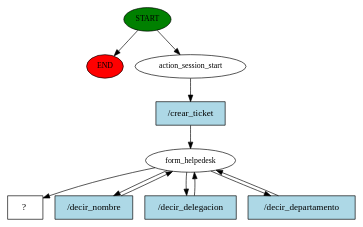
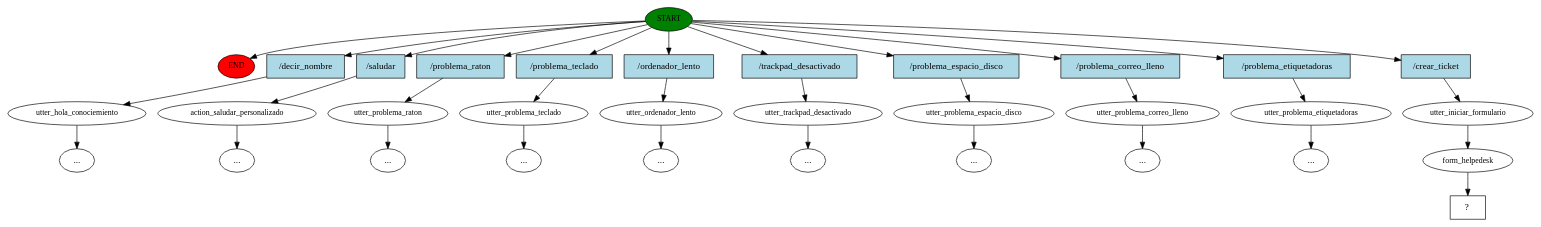
The diagram in backend/story_graph.dot (IgnacioJGE/Trabajo-Fin-de-Grado), drawn with Graphviz before and after one commit. The commit also changed 19 other files, not shown here.

```diff
--- a/backend/story_graph.dot
+++ b/backend/story_graph.dot
@@ -1,22 +1,67 @@
 digraph  {
 0 [class="start active", fillcolor=green, fontsize=12, label=START, style=filled];
 "-1" [class=end, fillcolor=red, fontsize=12, label=END, style=filled];
-1 [class=active, fontsize=12, label=action_session_start];
-2 [class=active, fontsize=12, label=form_helpedesk];
-6 [class="intent dashed active", label="  ?  ", shape=rect];
-7 [class="intent active", fillcolor=lightblue, label="/crear_ticket", shape=rect, style=filled];
-8 [class="intent active", fillcolor=lightblue, label="/decir_nombre", shape=rect, style=filled];
-9 [class="intent active", fillcolor=lightblue, label="/decir_delegacion", shape=rect, style=filled];
-10 [class="intent active", fillcolor=lightblue, label="/decir_departamento", shape=rect, style=filled];
+1 [class="", fontsize=12, label=utter_hola_conociemiento];
+"-3" [class=ellipsis, label="..."];
+2 [class="", fontsize=12, label=action_saludar_personalizado];
+"-4" [class=ellipsis, label="..."];
+3 [class="", fontsize=12, label=utter_problema_raton];
+"-5" [class=ellipsis, label="..."];
+4 [class="", fontsize=12, label=utter_problema_teclado];
+"-6" [class=ellipsis, label="..."];
+5 [class="", fontsize=12, label=utter_ordenador_lento];
+"-7" [class=ellipsis, label="..."];
+6 [class="", fontsize=12, label=utter_trackpad_desactivado];
+"-8" [class=ellipsis, label="..."];
+7 [class="", fontsize=12, label=utter_problema_espacio_disco];
+"-9" [class=ellipsis, label="..."];
+8 [class="", fontsize=12, label=utter_problema_correo_lleno];
+"-10" [class=ellipsis, label="..."];
+9 [class="", fontsize=12, label=utter_problema_etiquetadoras];
+"-11" [class=ellipsis, label="..."];
+10 [class=active, fontsize=12, label=utter_iniciar_formulario];
+11 [class=active, fontsize=12, label=form_helpedesk];
+12 [class="intent dashed active", label="  ?  ", shape=rect];
+13 [class=intent, fillcolor=lightblue, label="/decir_nombre", shape=rect, style=filled];
+14 [class=intent, fillcolor=lightblue, label="/saludar", shape=rect, style=filled];
+15 [class=intent, fillcolor=lightblue, label="/problema_raton", shape=rect, style=filled];
+16 [class=intent, fillcolor=lightblue, label="/problema_teclado", shape=rect, style=filled];
+17 [class=intent, fillcolor=lightblue, label="/ordenador_lento", shape=rect, style=filled];
+18 [class=intent, fillcolor=lightblue, label="/trackpad_desactivado", shape=rect, style=filled];
+19 [class=intent, fillcolor=lightblue, label="/problema_espacio_disco", shape=rect, style=filled];
+20 [class=intent, fillcolor=lightblue, label="/problema_correo_lleno", shape=rect, style=filled];
+21 [class=intent, fillcolor=lightblue, label="/problema_etiquetadoras", shape=rect, style=filled];
+22 [class="intent active", fillcolor=lightblue, label="/crear_ticket", shape=rect, style=filled];
 0 -> "-1"  [class="", key=NONE, label=""];
-0 -> 1  [class=active, key=NONE, label=""];
-1 -> 7  [class=active, key=0];
-2 -> 6  [class=active, key=NONE, label=""];
-2 -> 8  [class=active, key=0];
-2 -> 9  [class=active, key=0];
-2 -> 10  [class=active, key=0];
-7 -> 2  [class=active, key=0];
-8 -> 2  [class=active, key=0];
-9 -> 2  [class=active, key=0];
-10 -> 2  [class=active, key=0];
+0 -> 13  [class="", key=0];
+0 -> 14  [class="", key=0];
+0 -> 15  [class="", key=0];
+0 -> 16  [class="", key=0];
+0 -> 17  [class="", key=0];
+0 -> 18  [class="", key=0];
+0 -> 19  [class="", key=0];
+0 -> 20  [class="", key=0];
+0 -> 21  [class="", key=0];
+0 -> 22  [class=active, key=0];
+1 -> "-3"  [class="", key=NONE, label=""];
+2 -> "-4"  [class="", key=NONE, label=""];
+3 -> "-5"  [class="", key=NONE, label=""];
+4 -> "-6"  [class="", key=NONE, label=""];
+5 -> "-7"  [class="", key=NONE, label=""];
+6 -> "-8"  [class="", key=NONE, label=""];
+7 -> "-9"  [class="", key=NONE, label=""];
+8 -> "-10"  [class="", key=NONE, label=""];
+9 -> "-11"  [class="", key=NONE, label=""];
+10 -> 11  [class=active, key=NONE, label=""];
+11 -> 12  [class=active, key=NONE, label=""];
+13 -> 1  [class="", key=0];
+14 -> 2  [class="", key=0];
+15 -> 3  [class="", key=0];
+16 -> 4  [class="", key=0];
+17 -> 5  [class="", key=0];
+18 -> 6  [class="", key=0];
+19 -> 7  [class="", key=0];
+20 -> 8  [class="", key=0];
+21 -> 9  [class="", key=0];
+22 -> 10  [class=active, key=0];
 }
```
